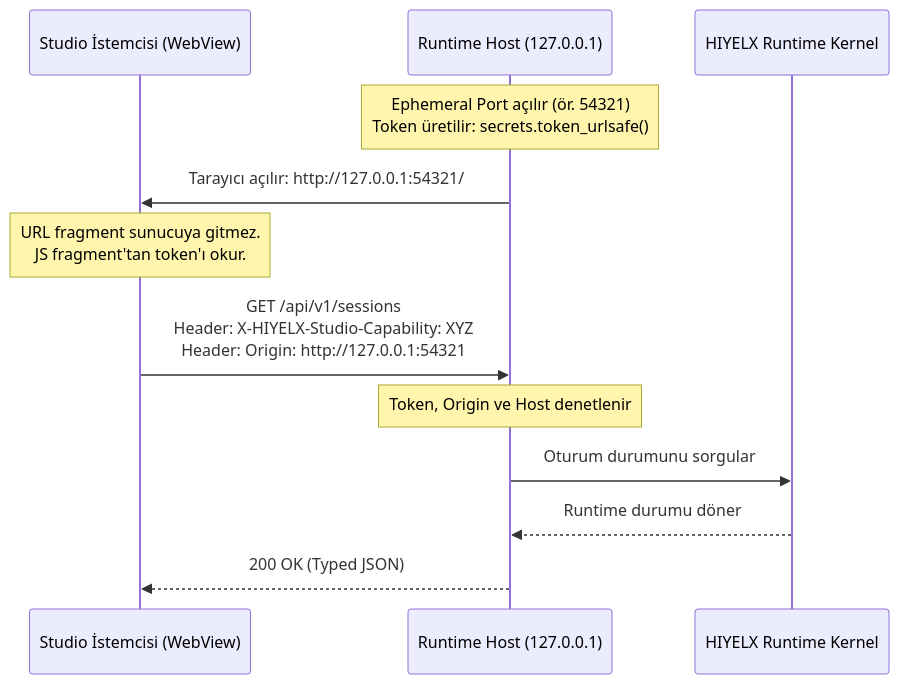
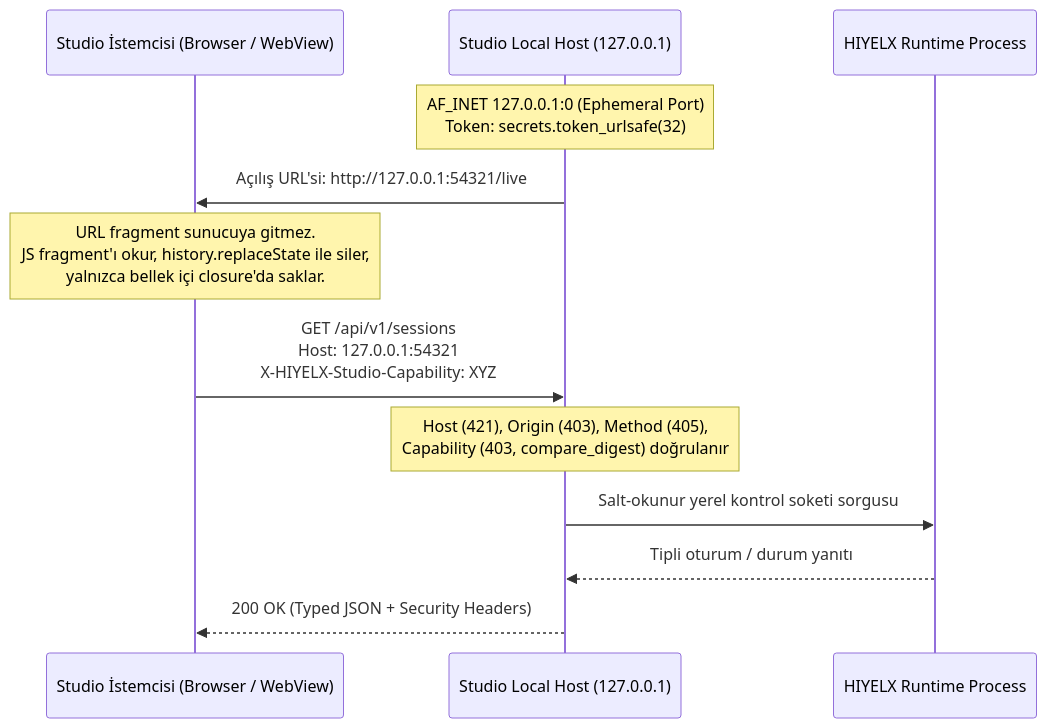
One commit to ulasusakli/hiyelx changed the fourth of 6 diagrams in docs/architecture/studio-engineering-specification.md. Above: the diagram before and after it, drawn with Mermaid. The commit also changed other lines of this file and 4 other files, not shown here.

Commit message:
docs(studio): sync ADR 0002 v1.1, spec, roadmap, and add P3/P4 technical designs

````diff
--- a/docs/architecture/studio-engineering-specification.md
+++ b/docs/architecture/studio-engineering-specification.md
@@ -196,15 +217,15 @@
 ```mermaid
 sequenceDiagram
-    participant Browser as Studio İstemcisi (WebView)
-    participant Host as Runtime Host (127.0.0.1)
-    participant Runtime as HIYELX Runtime Kernel
+    participant Browser as Studio İstemcisi (Browser / WebView)
+    participant Host as Studio Local Host (127.0.0.1)
+    participant Runtime as HIYELX Runtime Process
 
-    Note over Host: Ephemeral Port açılır (ör. 54321)<br/>Token üretilir: secrets.token_urlsafe()
-    Host->>Browser: Tarayıcı açılır: http://127.0.0.1:54321/#token=XYZ
-    Note over Browser: URL fragment sunucuya gitmez.<br/>JS fragment'tan token'ı okur.
-    Browser->>Host: GET /api/v1/sessions<br/>Header: X-HIYELX-Studio-Capability: XYZ<br/>Header: Origin: http://127.0.0.1:54321
-    Note over Host: Token, Origin ve Host denetlenir
-    Host->>Runtime: Oturum durumunu sorgular
-    Runtime-->>Host: Runtime durumu döner
-    Host-->>Browser: 200 OK (Typed JSON)
+    Note over Host: AF_INET 127.0.0.1:0 (Ephemeral Port)<br/>Token: secrets.token_urlsafe(32)
+    Host->>Browser: Açılış URL'si: http://127.0.0.1:54321/live#capability=XYZ
+    Note over Browser: URL fragment sunucuya gitmez.<br/>JS fragment'ı okur, history.replaceState ile siler,<br/>yalnızca bellek içi closure'da saklar.
+    Browser->>Host: GET /api/v1/sessions<br/>Host: 127.0.0.1:54321<br/>X-HIYELX-Studio-Capability: XYZ
+    Note over Host: Host (421), Origin (403), Method (405),<br/>Capability (403, compare_digest) doğrulanır
+    Host->>Runtime: Salt-okunur yerel kontrol soketi sorgusu
+    Runtime-->>Host: Tipli oturum / durum yanıtı
+    Host-->>Browser: 200 OK (Typed JSON + Security Headers)
 ```
````
